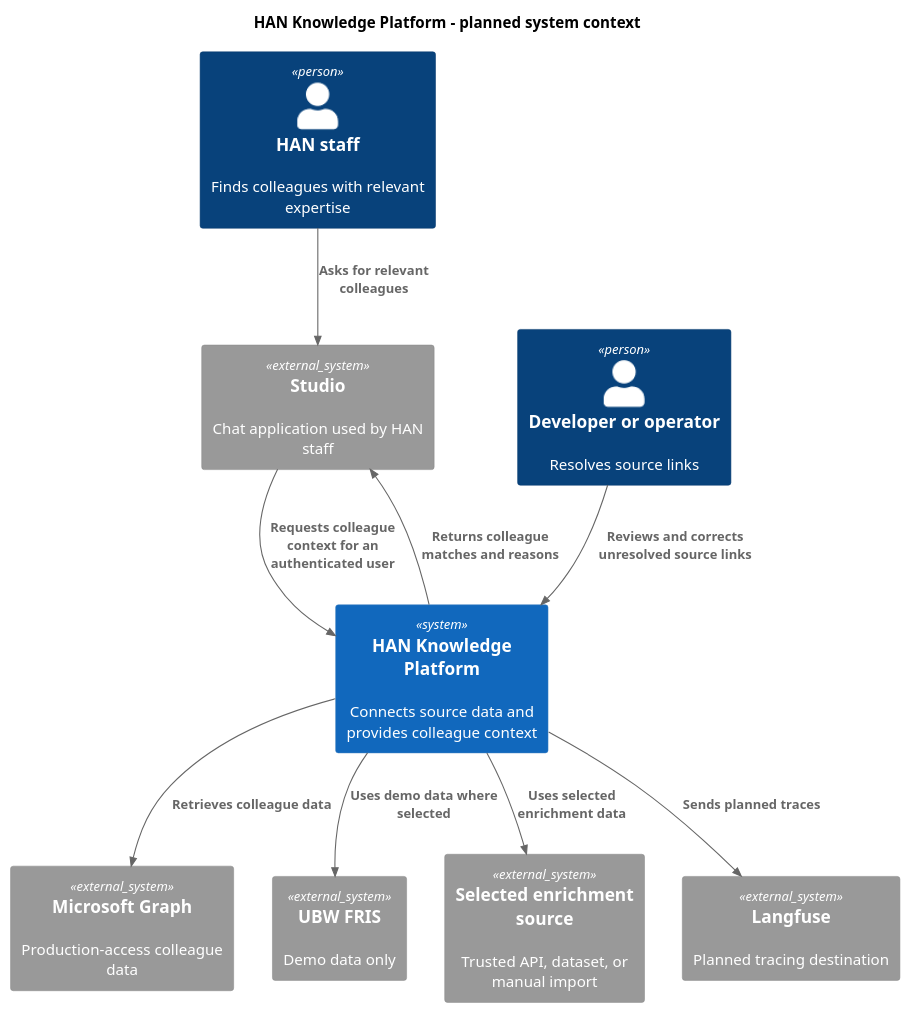
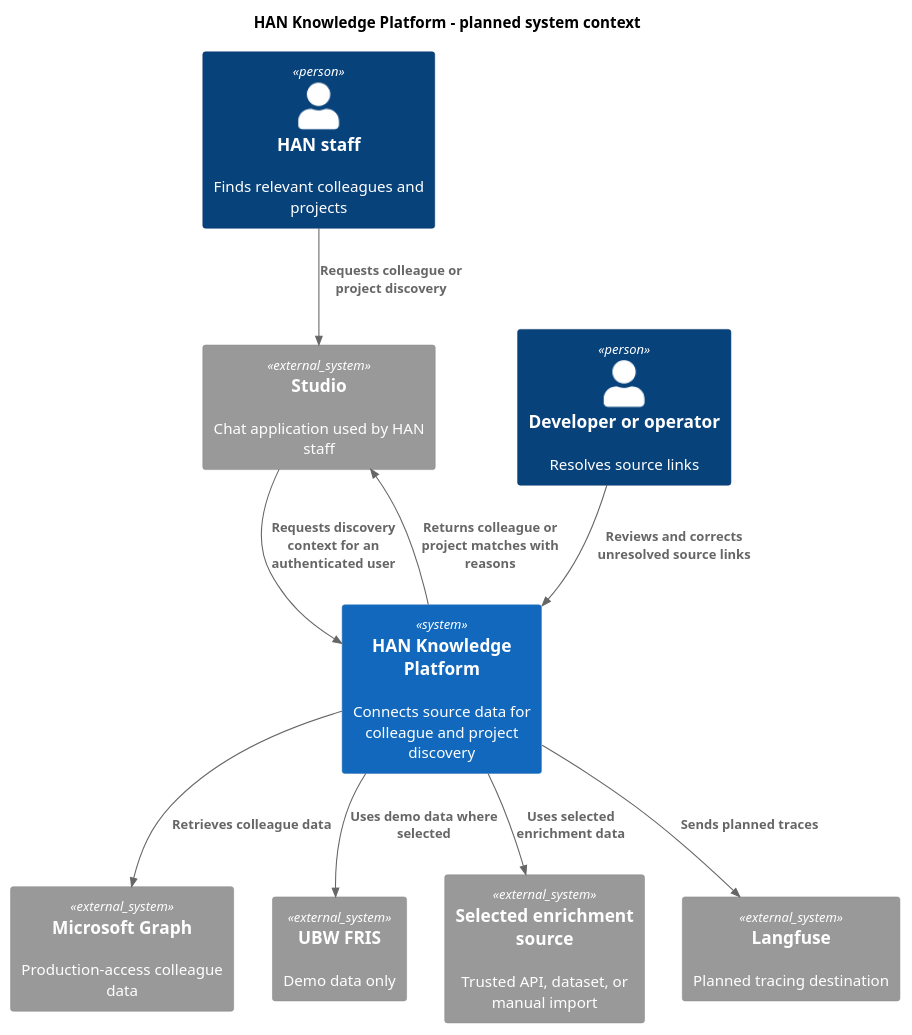
One commit to AIM-kennisplatformen/database-builder-HAN changed the diagram in docs/software-guidebook/diagrams/system-context.puml. Above: the diagram before and after it, drawn with PlantUML. The commit also changed 7 other files, not shown here.

```diff
--- a/docs/software-guidebook/diagrams/system-context.puml
+++ b/docs/software-guidebook/diagrams/system-context.puml
@@ -1,25 +1,25 @@
 @startuml
 !include https://raw.githubusercontent.com/plantuml-stdlib/C4-PlantUML/master/C4_Context.puml
 
 title HAN Knowledge Platform - planned system context
 
-Person(staff, "HAN staff", "Finds colleagues with relevant expertise")
+Person(staff, "HAN staff", "Finds relevant colleagues and projects")
 Person(operator, "Developer or operator", "Resolves source links")
 
-System(han, "HAN Knowledge Platform", "Connects source data and provides colleague context")
+System(han, "HAN Knowledge Platform", "Connects source data for colleague and project discovery")
 
 System_Ext(studio, "Studio", "Chat application used by HAN staff")
 System_Ext(msgraph, "Microsoft Graph", "Production-access colleague data")
 System_Ext(ubwfris, "UBW FRIS", "Demo data only")
 System_Ext(enrichment, "Selected enrichment source", "Trusted API, dataset, or manual import")
 System_Ext(langfuse, "Langfuse", "Planned tracing destination")
 
-Rel(staff, studio, "Asks for relevant colleagues")
-Rel(studio, han, "Requests colleague context for an authenticated user")
-Rel(han, studio, "Returns colleague matches and reasons")
+Rel(staff, studio, "Requests colleague or project discovery")
+Rel(studio, han, "Requests discovery context for an authenticated user")
+Rel(han, studio, "Returns colleague or project matches with reasons")
 Rel(operator, han, "Reviews and corrects unresolved source links")
 Rel(han, msgraph, "Retrieves colleague data")
 Rel(han, ubwfris, "Uses demo data where selected")
 Rel(han, enrichment, "Uses selected enrichment data")
 Rel(han, langfuse, "Sends planned traces")
 @enduml
```
